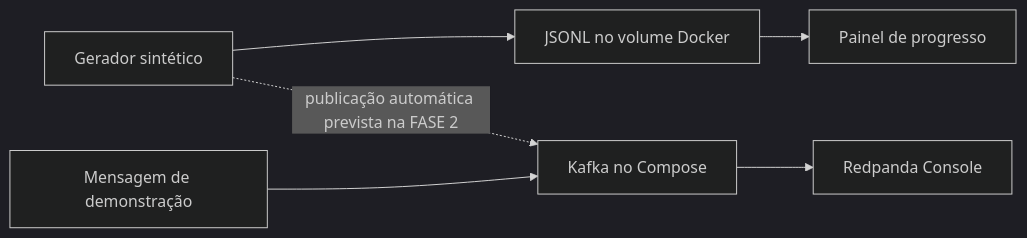
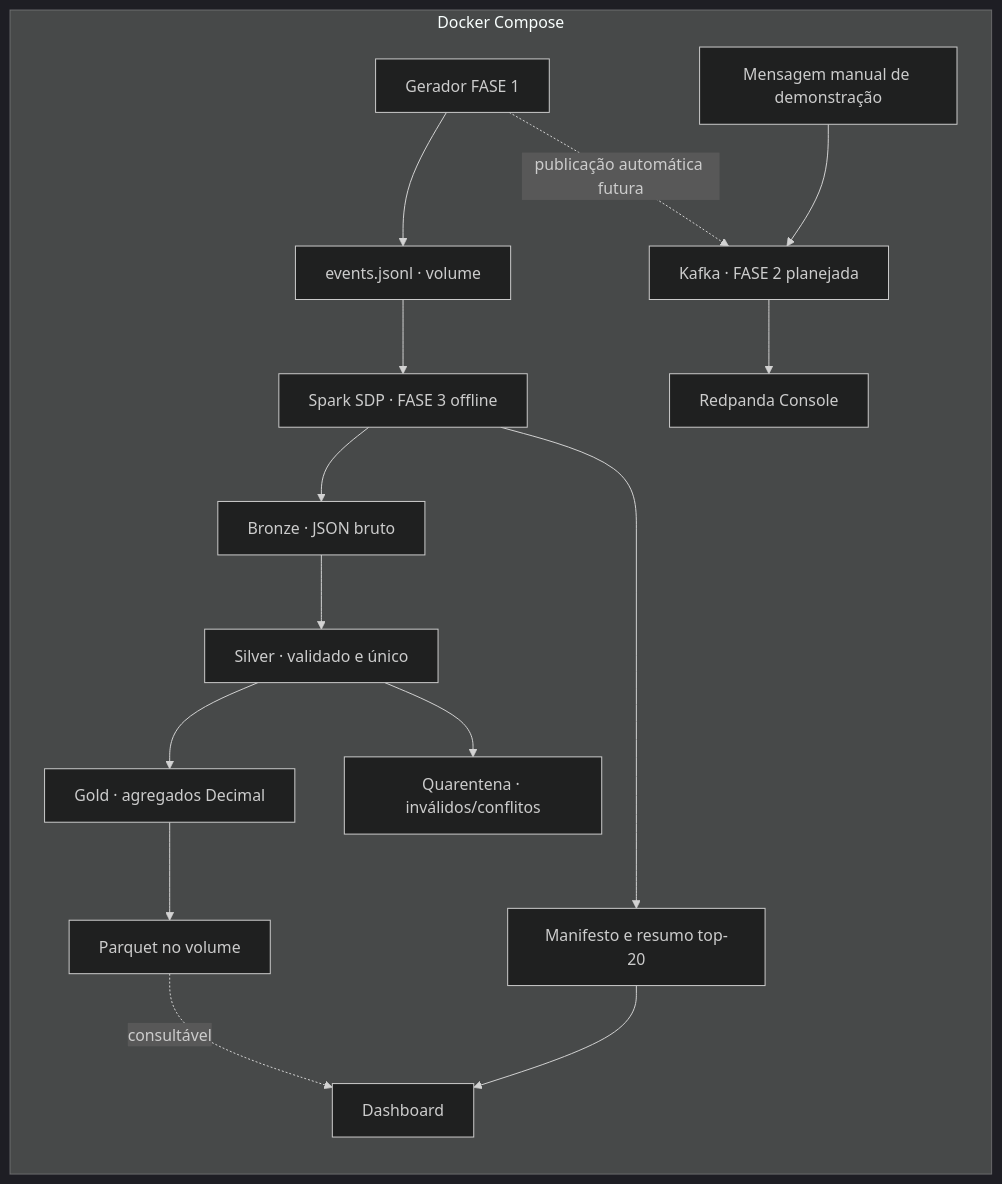
One commit to faelk8/pix_guard changed the diagram in docs/source/arquitetura/index.rst. Above: the diagram before and after it, drawn with Mermaid (dark theme). The commit also changed other lines of this file and 7 other files, not shown here.

Commit message:
docs: explain offline Spark pipeline and dashboard (Refs #12)

```diff
--- a/docs/source/arquitetura/index.rst
+++ b/docs/source/arquitetura/index.rst
@@ -11,8 +13,18 @@
 .. mermaid::
 
    flowchart LR
-     GEN[Gerador sintético] --> JSONL[JSONL no volume Docker]
-     JSONL --> DASH[Painel de progresso]
-     K[Kafka no Compose] --> CONSOLE[Redpanda Console]
-     DEMO[Mensagem de demonstração] --> K
-     GEN -. publicação automática prevista na FASE 2 .-> K
+     subgraph compose[Docker Compose]
+       GEN[Gerador FASE 1] --> JSONL[events.jsonl · volume]
+       JSONL --> SDP[Spark SDP · FASE 3 offline]
+       SDP --> B[Bronze · JSON bruto]
+       B --> S[Silver · validado e único]
+       S --> G[Gold · agregados Decimal]
+       S --> Q[Quarentena · inválidos/conflitos]
+       SDP --> M[Manifesto e resumo top-20]
+       G --> PARQ[Parquet no volume]
+       M --> DASH[Dashboard]
+       PARQ -. consultável .-> DASH
+       K[Kafka · FASE 2 planejada] --> CONSOLE[Redpanda Console]
+       DEMO[Mensagem manual de demonstração] --> K
+     end
+     GEN -. publicação automática futura .-> K
```
